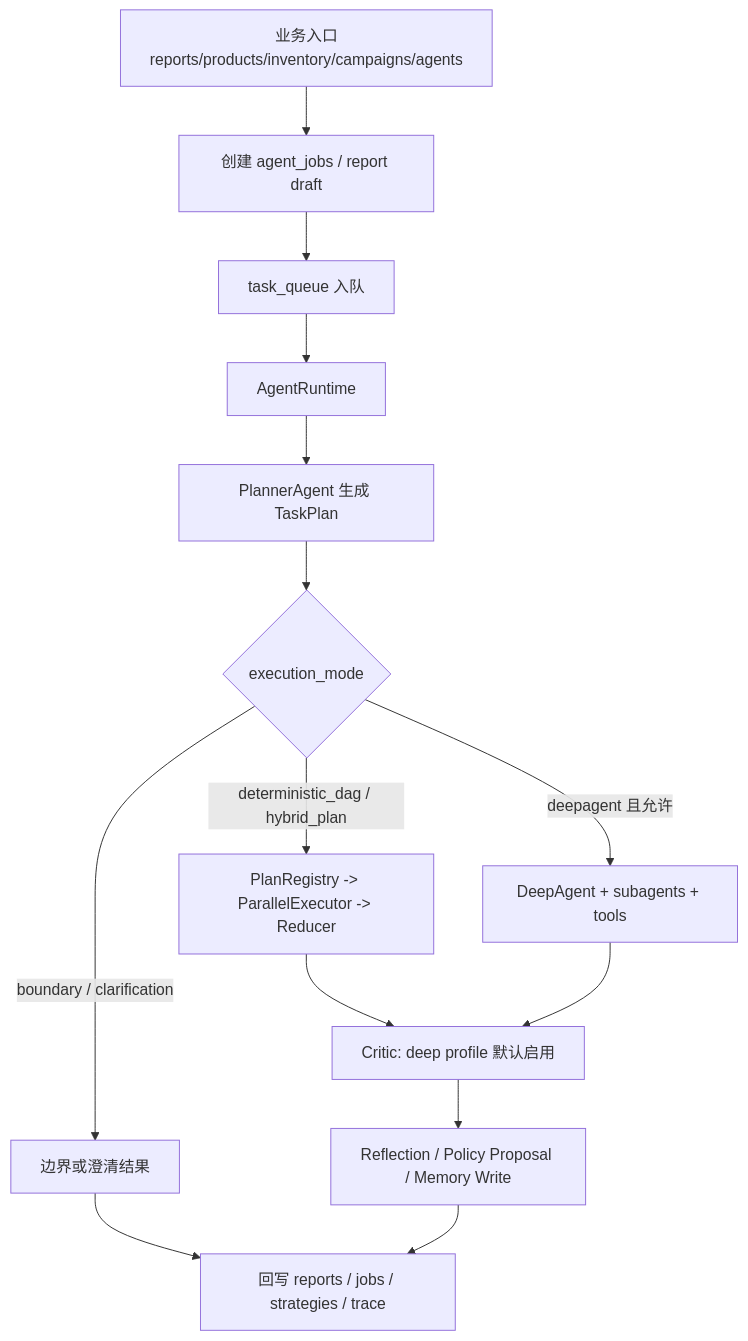
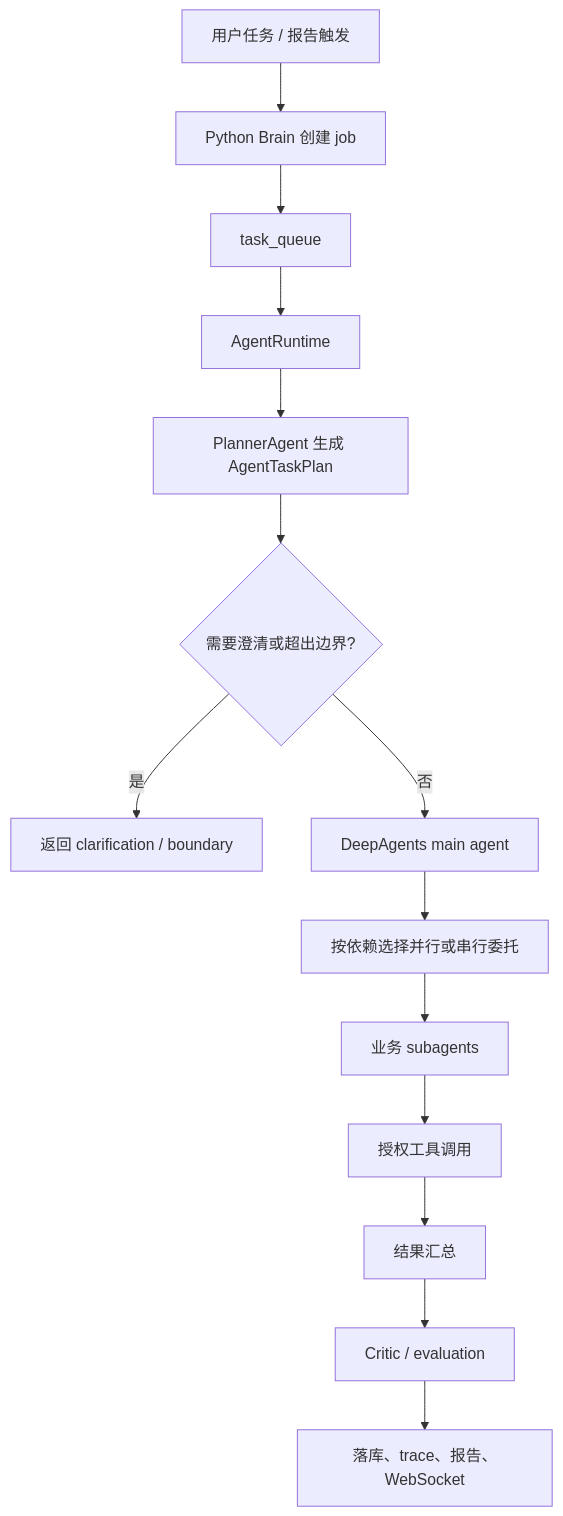
Before and after one commit to lbk119/EcommerceAgent: the third of 3 diagrams in README.md, drawn with Mermaid. The commit also changed other lines of this file and 164 other files, not shown here.

Commit message:
Refactor agent architecture and update README

````diff
--- a/README.md
+++ b/README.md
@@ -76,16 +94,16 @@
 ```mermaid
 flowchart TD
-  Start["业务入口<br/>reports/products/inventory/campaigns/agents"] --> Job["创建 agent_jobs / report draft"]
-  Job --> Queue["task_queue 入队"]
+  Request["用户任务 / 报告触发"] --> API["Python Brain 创建 job"]
+  API --> Queue["task_queue"]
   Queue --> Runtime["AgentRuntime"]
-  Runtime --> Plan["PlannerAgent 生成 TaskPlan"]
-  Plan --> ExecMode{"execution_mode"}
-  ExecMode -->|deterministic_dag / hybrid_plan| DAG["PlanRegistry -> ParallelExecutor -> Reducer"]
-  ExecMode -->|deepagent 且允许| Deep["DeepAgent + subagents + tools"]
-  ExecMode -->|boundary / clarification| Boundary["边界或澄清结果"]
-  DAG --> Critic["Critic: deep profile 默认启用"]
-  Deep --> Critic
-  Boundary --> Persist["结果持久化"]
-  Critic --> Reflect["Reflection / Policy Proposal / Memory Write"]
-  Reflect --> Persist["回写 reports / jobs / strategies / trace"]
+  Runtime --> Planner["PlannerAgent 生成 AgentTaskPlan"]
+  Planner --> Boundary{"需要澄清或超出边界?"}
+  Boundary -->|是| Return["返回 clarification / boundary"]
+  Boundary -->|否| Main["DeepAgents main agent"]
+  Main --> Decide["按依赖选择并行或串行委托"]
+  Decide --> Subs["业务 subagents"]
+  Subs --> Tools["授权工具调用"]
+  Tools --> Reduce["结果汇总"]
+  Reduce --> Eval["Critic / evaluation"]
+  Eval --> Persist["落库、trace、报告、WebSocket"]
 ```
````
